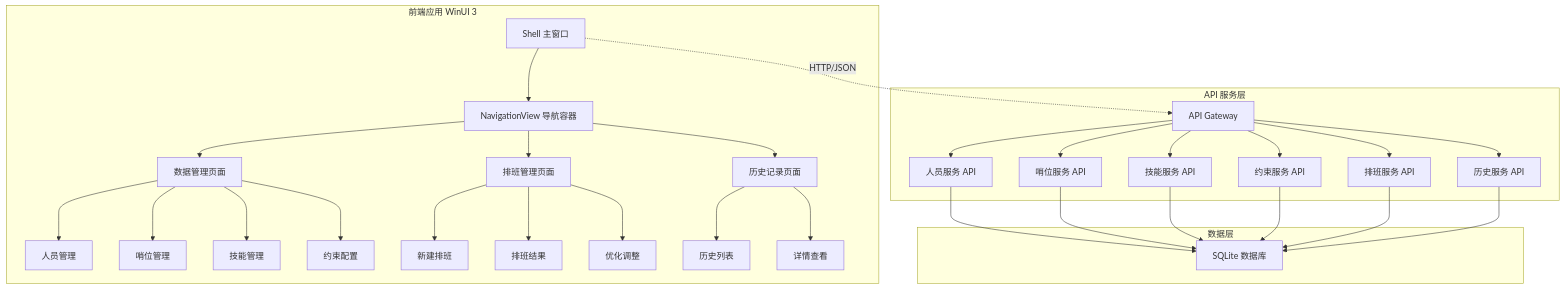
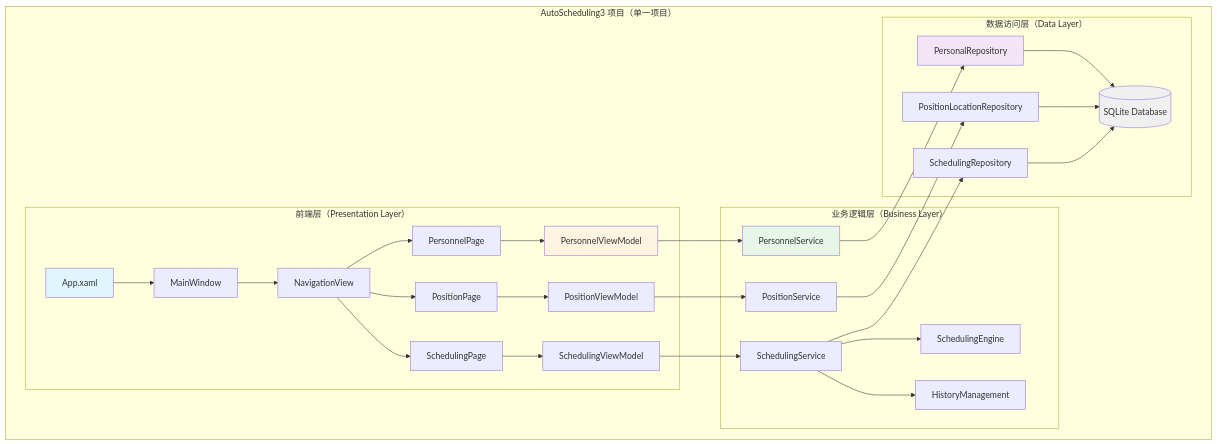
Before and after one commit to xiangkehan/AutoScheduling: the first of 21 diagrams in .qoder/quests/page-ui-design.md, drawn with Mermaid. The commit also changed other lines of this file and 12 other files, not shown here.

````diff
--- a/.qoder/quests/page-ui-design.md
+++ b/.qoder/quests/page-ui-design.md
@@ -35,42 +74,41 @@
 ```mermaid
 graph TB
-    subgraph "前端应用 WinUI 3"
-        A[Shell 主窗口] --> B[NavigationView 导航容器]
-        B --> C1[数据管理页面]
-        B --> C2[排班管理页面]
-        B --> C3[历史记录页面]
+    subgraph "AutoScheduling3 项目（单一项目）"
+        subgraph "前端层（Presentation Layer）"
+            A[App.xaml] --> B[MainWindow]
+            B --> C[NavigationView]
+            C --> V1[PersonnelPage]
+            C --> V2[PositionPage]
+            C --> V3[SchedulingPage]
+            
+            V1 --> VM1[PersonnelViewModel]
+            V2 --> VM2[PositionViewModel]
+            V3 --> VM3[SchedulingViewModel]
+        end
         
-        C1 --> D1[人员管理]
-        C1 --> D2[哨位管理]
-        C1 --> D3[技能管理]
-        C1 --> D4[约束配置]
+        subgraph "业务逻辑层（Business Layer）"
+            VM1 --> SVC1[PersonnelService]
+            VM2 --> SVC2[PositionService]
+            VM3 --> SVC3[SchedulingService]
+            
+            SVC3 --> ENGINE[SchedulingEngine]
+            SVC3 --> HIST[HistoryManagement]
+        end
         
-        C2 --> E1[新建排班]
-        C2 --> E2[排班结果]
-        C2 --> E3[优化调整]
-        
-        C3 --> F1[历史列表]
-        C3 --> F2[详情查看]
+        subgraph "数据访问层（Data Layer）"
+            SVC1 --> R1[PersonalRepository]
+            SVC2 --> R2[PositionLocationRepository]
+            SVC3 --> R3[SchedulingRepository]
+            
+            R1 --> DB[(SQLite Database)]
+            R2 --> DB
+            R3 --> DB
+        end
     end
     
-    subgraph "API 服务层"
-        G[API Gateway] --> H1[人员服务 API]
-        G --> H2[哨位服务 API]
-        G --> H3[技能服务 API]
-        G --> H4[约束服务 API]
-        G --> H5[排班服务 API]
-        G --> H6[历史服务 API]
-    end
-    
-    subgraph "数据层"
-        I[SQLite 数据库]
-        H1 --> I
-        H2 --> I
-        H3 --> I
-        H4 --> I
-        H5 --> I
-        H6 --> I
-    end
-    
-    A -.HTTP/JSON.-> G
+    style A fill:#e1f5ff
+    style VM1 fill:#fff4e1
+    style SVC1 fill:#e8f5e9
+    style R1 fill:#f3e5f5
+    style DB fill:#f0f0f0
 ```
````
